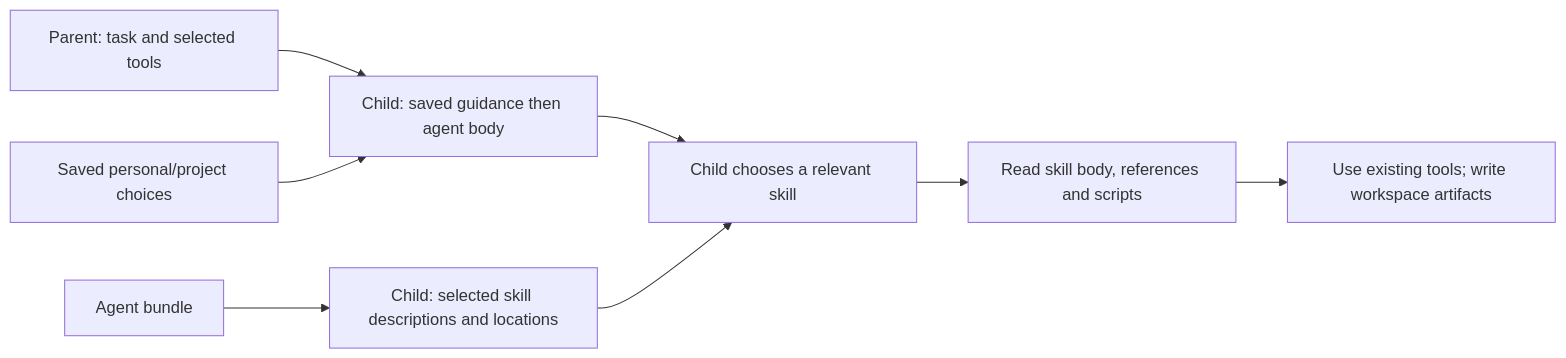
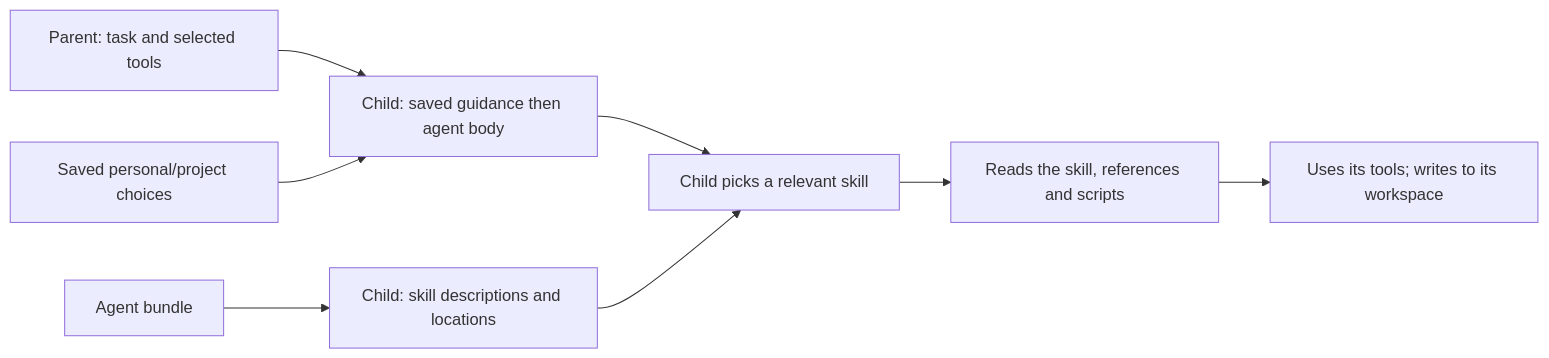
The diagram in docs/guides/delegation.md (finngi/pi-packages), drawn with Mermaid before and after one commit. The commit also changed other lines of this file and 35 other files, not shown here.

````diff
--- a/docs/guides/delegation.md
+++ b/docs/guides/delegation.md
@@ -142,10 +199,10 @@
 ```mermaid
 flowchart LR
   P[Parent: task and selected tools] --> C[Child: saved guidance then agent body]
   D[Saved personal/project choices] --> C
-  B[Agent bundle] --> M[Child: selected skill descriptions and locations]
-  C --> R[Child chooses a relevant skill]
+  B[Agent bundle] --> M[Child: skill descriptions and locations]
+  C --> R[Child picks a relevant skill]
   M --> R
-  R --> S[Read skill body, references and scripts]
-  S --> W[Use existing tools; write workspace artifacts]
+  R --> S[Reads the skill, references and scripts]
+  S --> W[Uses its tools; writes to its workspace]
 ```
````
